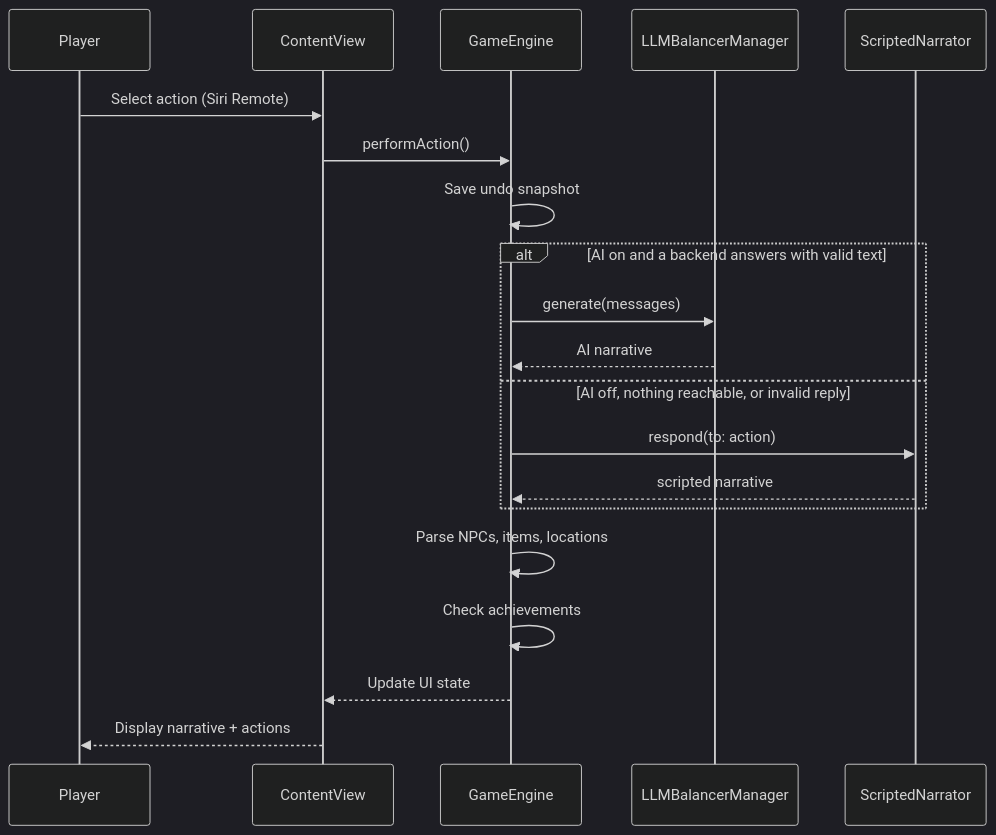
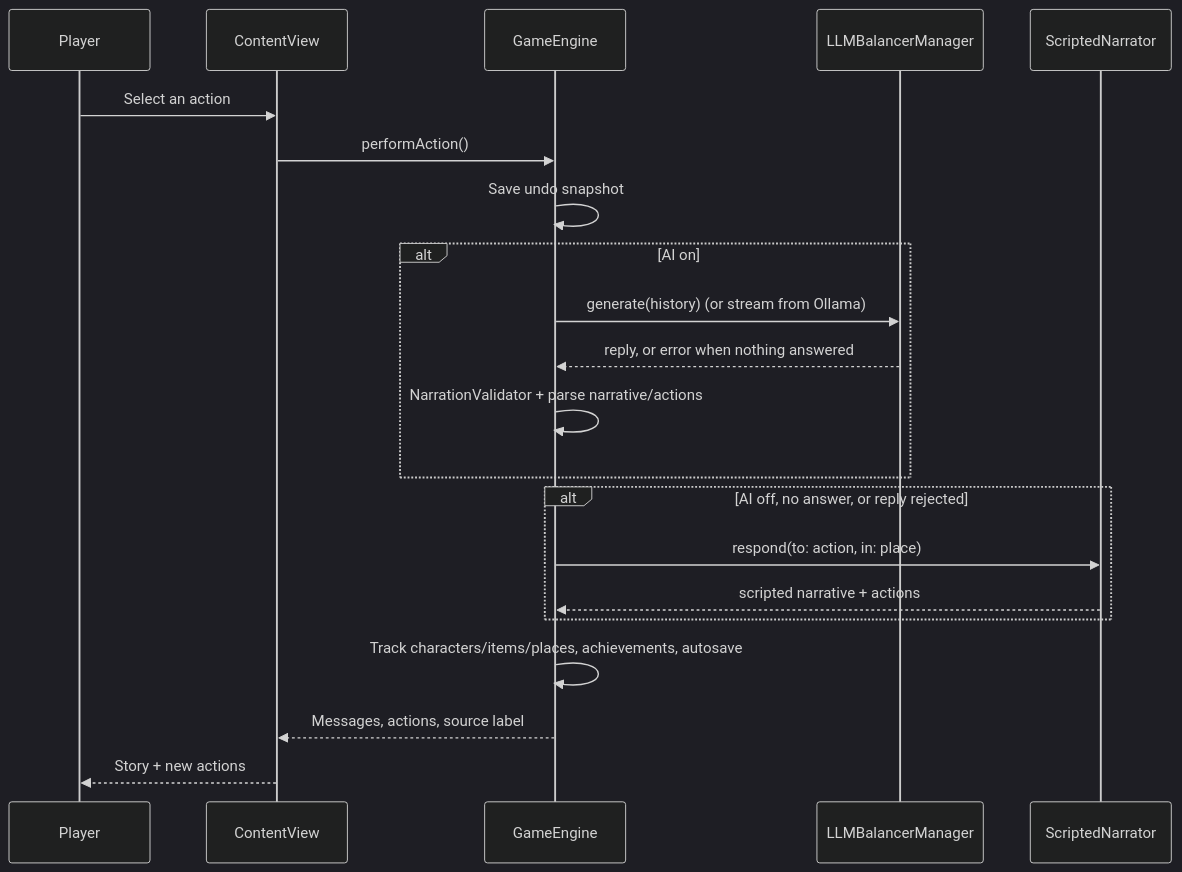
Before and after one commit to kochj23/BlompieTV: the second of 3 diagrams in README.md, drawn with Mermaid (dark theme). The commit also changed other lines of this file and 12 other files, not shown here.

````diff
--- a/README.md
+++ b/README.md
@@ -48,23 +128,24 @@
 ```mermaid
 sequenceDiagram
-    participant Player
-    participant ContentView
-    participant GameEngine
-    participant LLMBalancerManager
-    participant ScriptedNarrator
+    participant P as Player
+    participant CV as ContentView
+    participant GE as GameEngine
+    participant M as LLMBalancerManager
+    participant SN as ScriptedNarrator
 
-    Player->>ContentView: Select action (Siri Remote)
-    ContentView->>GameEngine: performAction()
-    GameEngine->>GameEngine: Save undo snapshot
-    alt AI on and a backend answers with valid text
-        GameEngine->>LLMBalancerManager: generate(messages)
-        LLMBalancerManager-->>GameEngine: AI narrative
-    else AI off, nothing reachable, or invalid reply
-        GameEngine->>ScriptedNarrator: respond(to: action)
-        ScriptedNarrator-->>GameEngine: scripted narrative
+    P->>CV: Select an action
+    CV->>GE: performAction()
+    GE->>GE: Save undo snapshot
+    alt AI on
+        GE->>M: generate(history) (or stream from Ollama)
+        M-->>GE: reply, or error when nothing answered
+        GE->>GE: NarrationValidator + parse narrative/actions
     end
-    GameEngine->>GameEngine: Parse NPCs, items, locations
-    GameEngine->>GameEngine: Check achievements
-    GameEngine-->>ContentView: Update UI state
-    ContentView-->>Player: Display narrative + actions
+    alt AI off, no answer, or reply rejected
+        GE->>SN: respond(to: action, in: place)
+        SN-->>GE: scripted narrative + actions
+    end
+    GE->>GE: Track characters/items/places, achievements, autosave
+    GE-->>CV: Messages, actions, source label
+    CV-->>P: Story + new actions
 ```
````
